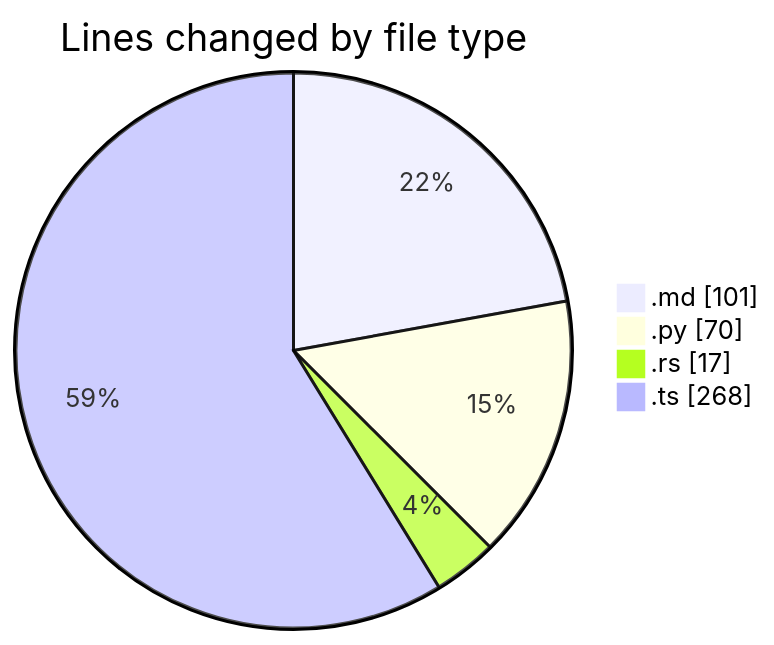
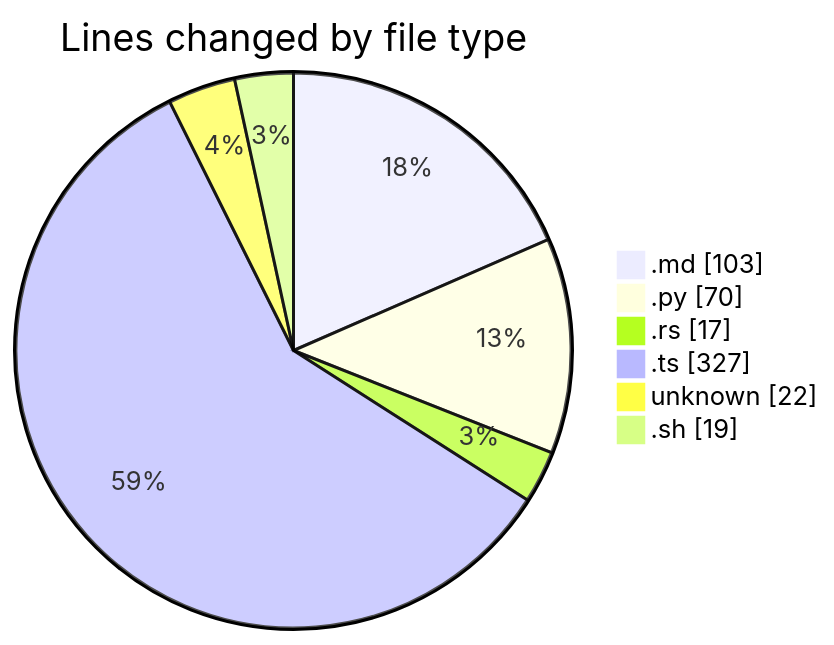
The first of 2 diagrams in repositories/2024-12-28/leetcode-solutions/README.md (ernivani/code-tracking), drawn with Mermaid before and after one commit. The commit also changed other lines of this file and 1 other file, not shown here.

````diff
--- a/repositories/2024-12-28/leetcode-solutions/README.md
+++ b/repositories/2024-12-28/leetcode-solutions/README.md
@@ -30,8 +33,10 @@
 ```mermaid
 pie showData
 title Lines changed by file type
-".md" : 101
+".md" : 103
 ".py" : 70
 ".rs" : 17
-".ts" : 268
+".ts" : 327
+"unknown" : 22
+".sh" : 19
 ```
````
